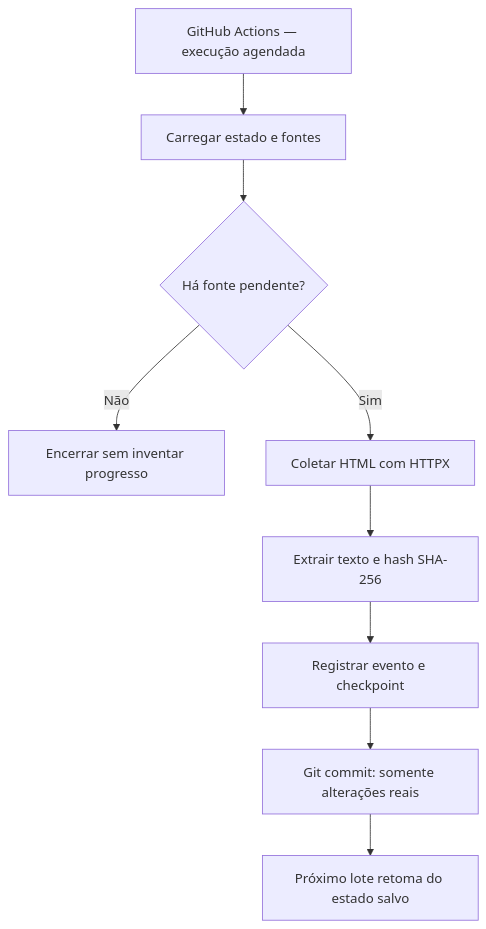
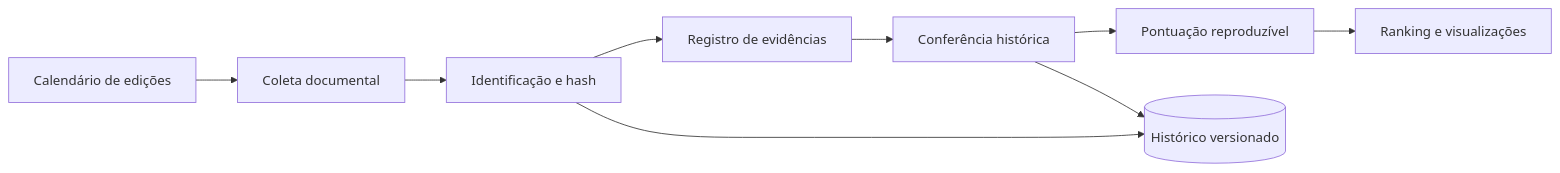
The diagram in README.md (samuelbarrosmacedo/igfb), drawn with Mermaid before and after one commit. The commit also changed other lines of this file, not shown here.

````diff
--- a/README.md
+++ b/README.md
@@ -76,11 +72,11 @@
 ```mermaid
-flowchart TD
-    A["GitHub Actions — execução agendada"] --> B["Carregar estado e fontes"]
-    B --> C{"Há fonte pendente?"}
-    C -- "Não" --> Z["Encerrar sem inventar progresso"]
-    C -- "Sim" --> D["Coletar HTML com HTTPX"]
-    D --> E["Extrair texto e hash SHA-256"]
-    E --> F["Registrar evento e checkpoint"]
-    F --> G["Git commit: somente alterações reais"]
-    G --> H["Próximo lote retoma do estado salvo"]
+flowchart LR
+    A["Calendário de edições"] --> B["Coleta documental"]
+    B --> C["Identificação e hash"]
+    C --> D["Registro de evidências"]
+    D --> E["Conferência histórica"]
+    E --> F["Pontuação reproduzível"]
+    F --> G["Ranking e visualizações"]
+    C --> H[("Histórico versionado")]
+    E --> H
 ```
````
